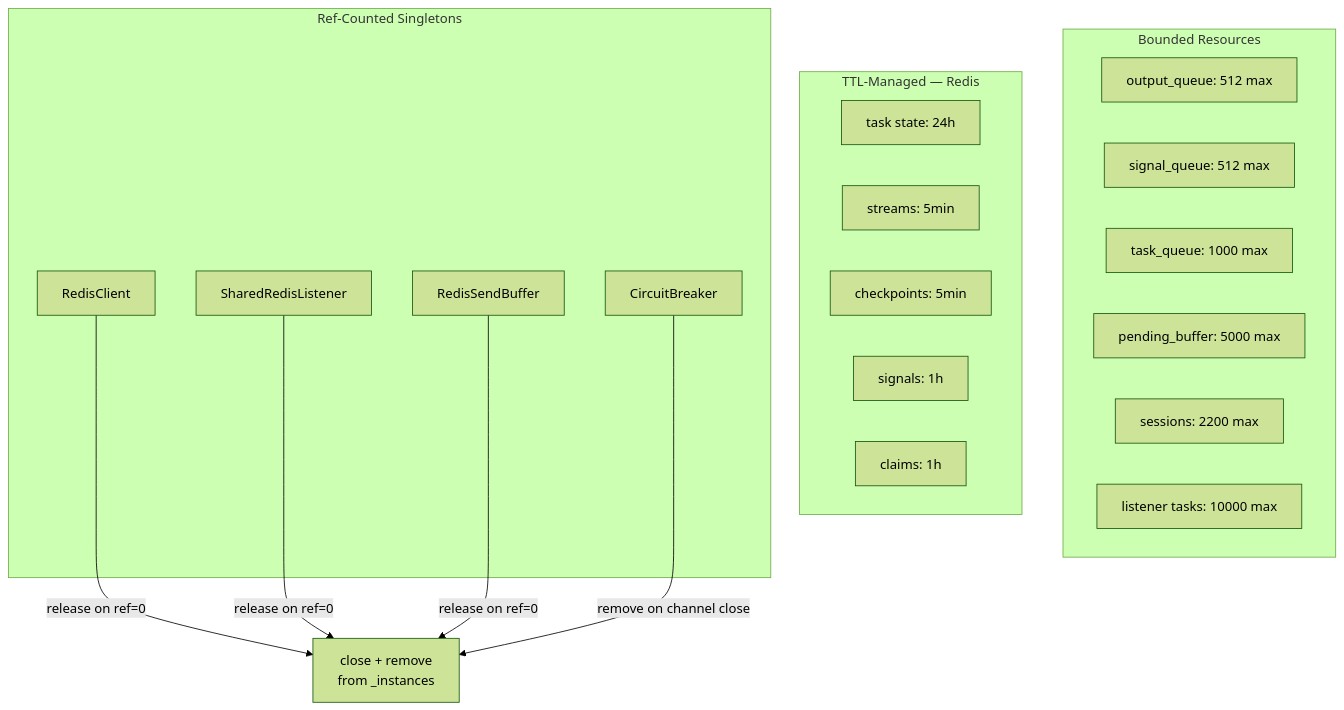
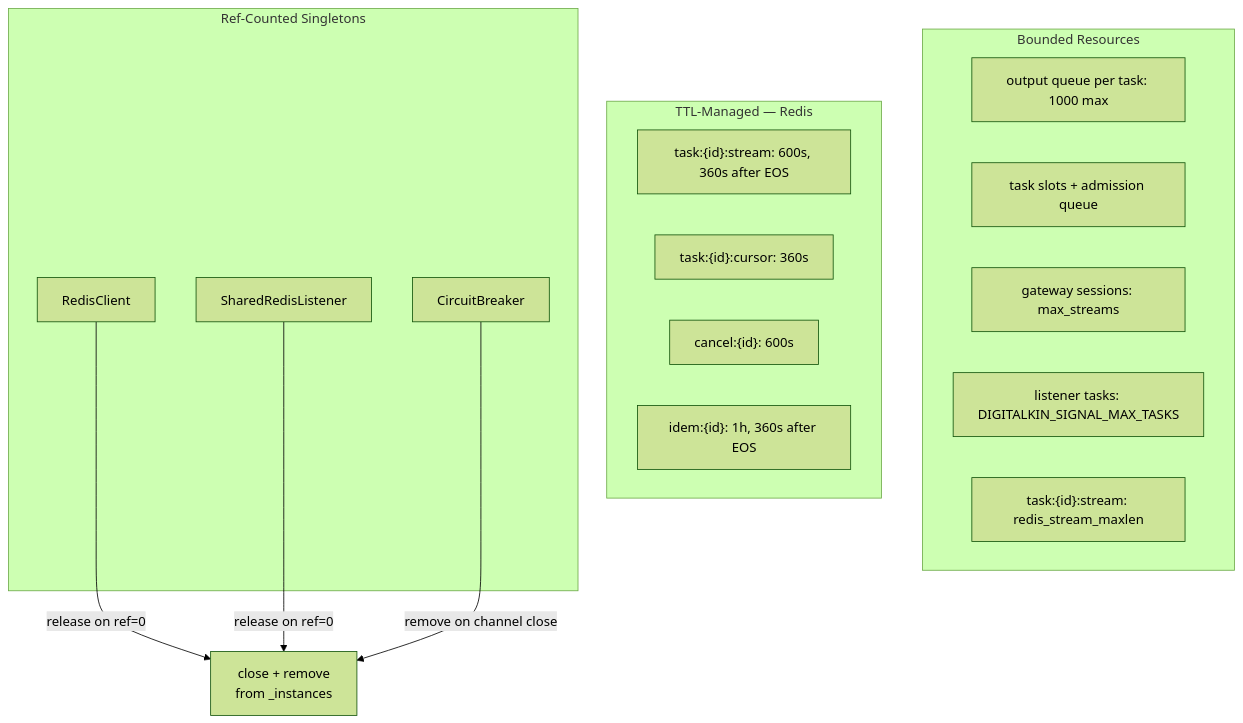
One commit to DigitalKin-ai/digitalkin changed the diagram in docs/diagrams/07-memory-guardrails.mmd. Above: the diagram before and after it, drawn with Mermaid (forest theme). The commit also changed 143 other files, not shown here.

```diff
--- a/docs/diagrams/07-memory-guardrails.mmd
+++ b/docs/diagrams/07-memory-guardrails.mmd
@@ -1,29 +1,25 @@
 flowchart TD
     subgraph "Bounded Resources"
-        Q1["output_queue: 512 max"]
-        Q2["signal_queue: 512 max"]
-        Q3["task_queue: 1000 max"]
-        PB["pending_buffer: 5000 max"]
-        SS["sessions: 2200 max"]
-        LT["listener tasks: 10000 max"]
+        Q1["output queue per task: 1000 max"]
+        Q3["task slots + admission queue"]
+        SS["gateway sessions: max_streams"]
+        LT["listener tasks: DIGITALKIN_SIGNAL_MAX_TASKS"]
+        SM["task:{id}:stream: redis_stream_maxlen"]
     end
 
     subgraph "TTL-Managed — Redis"
-        K1["task state: 24h"]
-        K2["streams: 5min"]
-        K3["checkpoints: 5min"]
-        K4["signals: 1h"]
-        K5["claims: 1h"]
+        K2["task:{id}:stream: 600s, 360s after EOS"]
+        K3["task:{id}:cursor: 360s"]
+        K4["cancel:{id}: 600s"]
+        K5["idem:{id}: 1h, 360s after EOS"]
     end
 
     subgraph "Ref-Counted Singletons"
         R1["RedisClient"]
         R2["SharedRedisListener"]
-        R3["RedisSendBuffer"]
         R4["CircuitBreaker"]
     end
 
     R1 -->|"release on ref=0"| X["close + remove\nfrom _instances"]
     R2 -->|"release on ref=0"| X
-    R3 -->|"release on ref=0"| X
     R4 -->|"remove on channel close"| X
```
